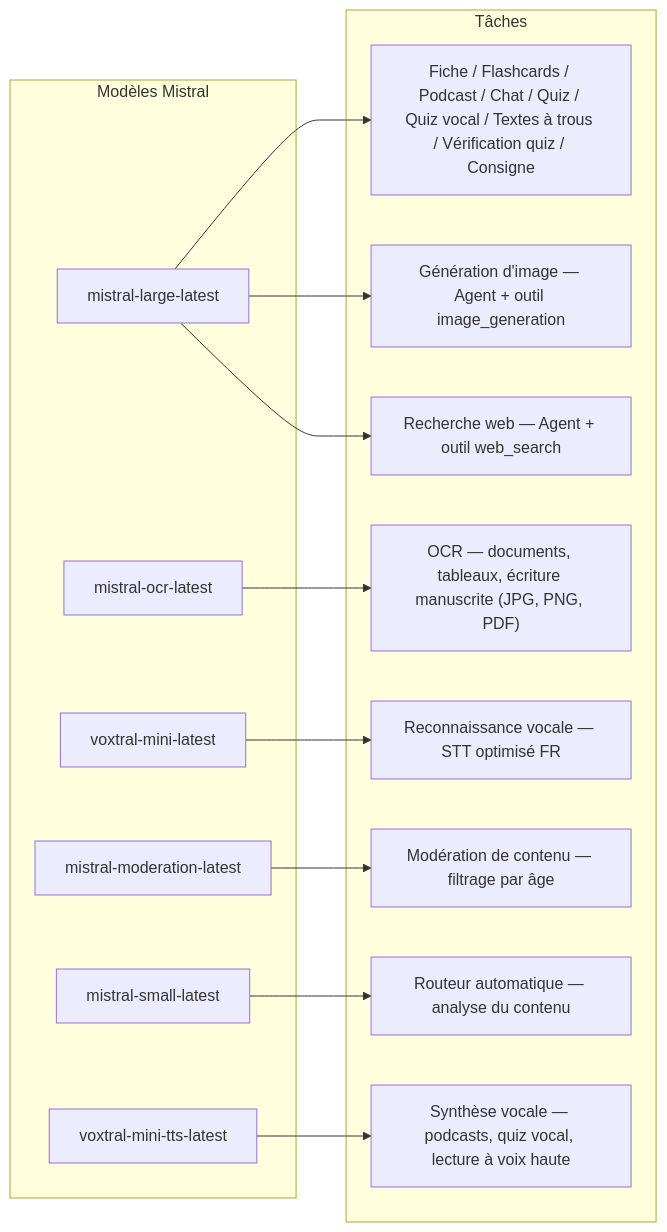
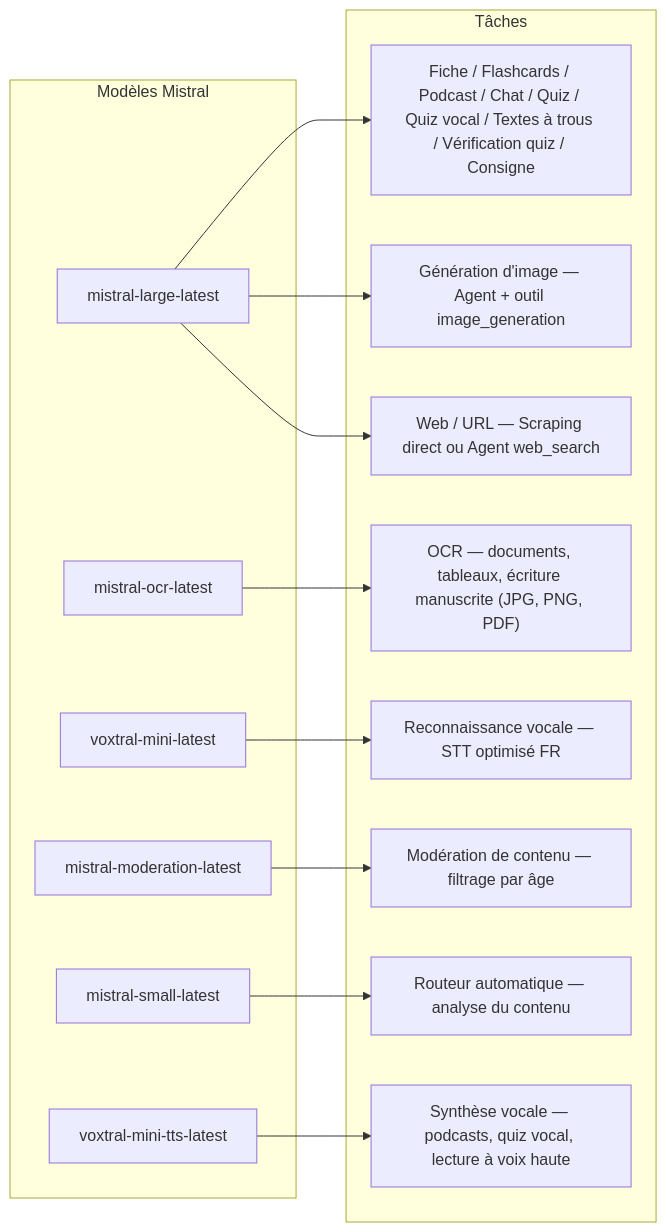
Before and after one commit to jls42/EurekAI: the second of 3 diagrams in README-ar.md, drawn with Mermaid. The commit also changed other lines of this file and 14 other files, not shown here.

First line of the commit message:
docs: update README with URL scraping, custom voices & hackathon rewrite

````diff
--- a/README-ar.md
+++ b/README-ar.md
@@ -120,31 +120,31 @@
 ```mermaid
 flowchart LR
     subgraph "Modèles Mistral"
         ML["mistral-large-latest"]
         MO["mistral-ocr-latest"]
         MV["voxtral-mini-latest"]
         MMod["mistral-moderation-latest"]
         MS["mistral-small-latest"]
         MTTS["voxtral-mini-tts-latest"]
     end
 
     subgraph "Tâches"
         T1["Fiche / Flashcards / Podcast / Chat / Quiz / Quiz vocal / Textes à trous / Vérification quiz / Consigne"]
         T2["OCR — documents, tableaux, écriture manuscrite (JPG, PNG, PDF)"]
         T3["Reconnaissance vocale — STT optimisé FR"]
         T4["Modération de contenu — filtrage par âge"]
         T5["Routeur automatique — analyse du contenu"]
         T6["Génération d'image — Agent + outil image_generation"]
-        T7["Recherche web — Agent + outil web_search"]
+        T7["Web / URL — Scraping direct ou Agent web_search"]
         T8["Synthèse vocale — podcasts, quiz vocal, lecture à voix haute"]
     end
 
     ML --> T1
     MO --> T2
     MV --> T3
     MMod --> T4
     MS --> T5
     ML --> T6
     ML --> T7
     MTTS --> T8
 ```
````
